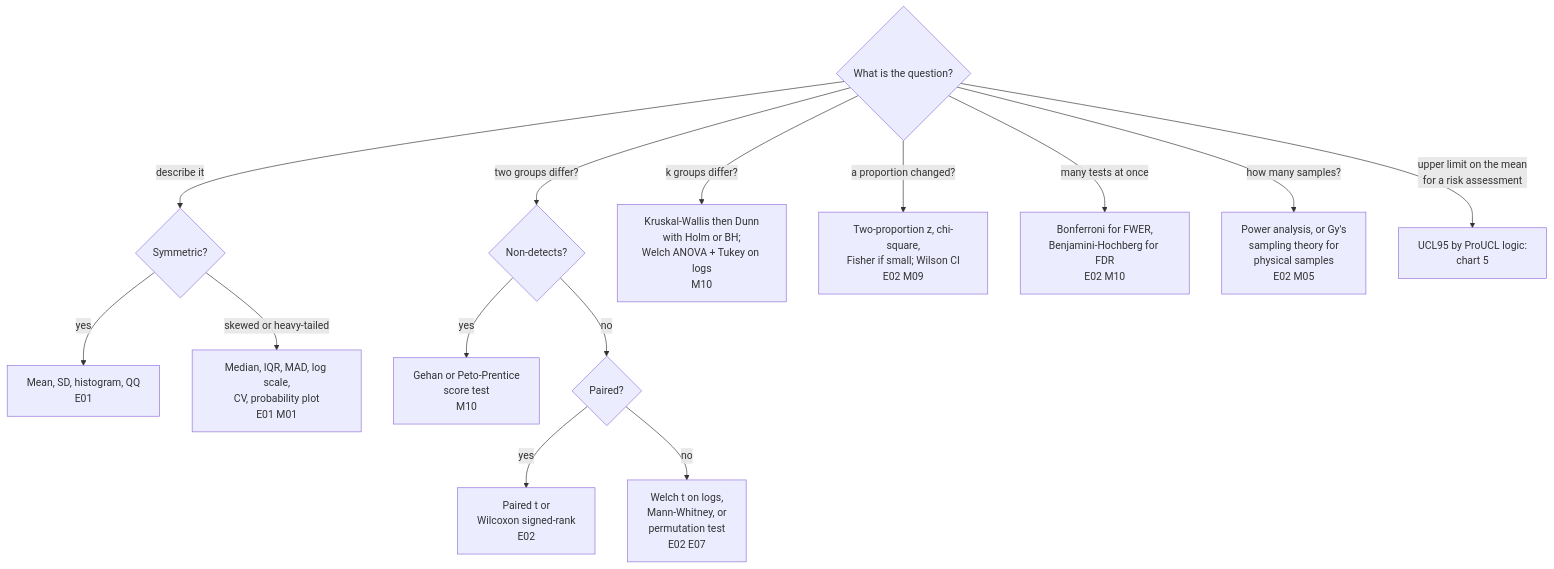
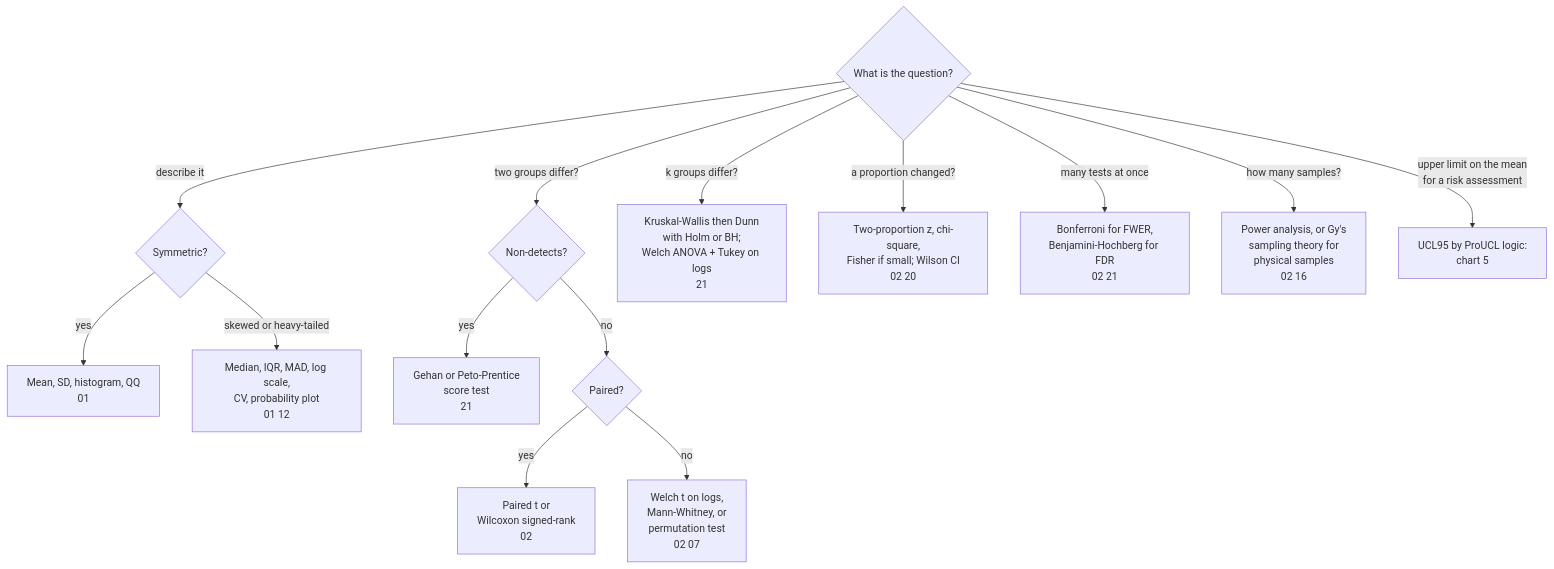
Before and after one commit to ethannol/stats-cheatsheet: the second of 7 diagrams in FLOWCHART.md, drawn with Mermaid. The commit also changed other lines of this file and 31 other files, not shown here.

````diff
--- a/FLOWCHART.md
+++ b/FLOWCHART.md
@@ -47,16 +47,16 @@
 ```mermaid
 flowchart TD
     A{What is the question?} -- "describe it" --> B{Symmetric?}
-    B -- yes --> B1[Mean, SD, histogram, QQ<br>E01]
-    B -- "skewed or heavy-tailed" --> B2[Median, IQR, MAD, log scale,<br>CV, probability plot<br>E01 M01]
+    B -- yes --> B1[Mean, SD, histogram, QQ<br>01]
+    B -- "skewed or heavy-tailed" --> B2[Median, IQR, MAD, log scale,<br>CV, probability plot<br>01 12]
     A -- "two groups differ?" --> C{Non-detects?}
-    C -- yes --> C1[Gehan or Peto-Prentice<br>score test<br>M10]
+    C -- yes --> C1[Gehan or Peto-Prentice<br>score test<br>21]
     C -- no --> C2{Paired?}
-    C2 -- yes --> C3[Paired t or<br>Wilcoxon signed-rank<br>E02]
-    C2 -- no --> C4[Welch t on logs,<br>Mann-Whitney, or<br>permutation test<br>E02 E07]
-    A -- "k groups differ?" --> D[Kruskal-Wallis then Dunn<br>with Holm or BH;<br>Welch ANOVA + Tukey on logs<br>M10]
-    A -- "a proportion changed?" --> E[Two-proportion z, chi-square,<br>Fisher if small; Wilson CI<br>E02 M09]
-    A -- "many tests at once" --> F[Bonferroni for FWER,<br>Benjamini-Hochberg for FDR<br>E02 M10]
-    A -- "how many samples?" --> G[Power analysis, or Gy's<br>sampling theory for<br>physical samples<br>E02 M05]
+    C2 -- yes --> C3[Paired t or<br>Wilcoxon signed-rank<br>02]
+    C2 -- no --> C4[Welch t on logs,<br>Mann-Whitney, or<br>permutation test<br>02 07]
+    A -- "k groups differ?" --> D[Kruskal-Wallis then Dunn<br>with Holm or BH;<br>Welch ANOVA + Tukey on logs<br>21]
+    A -- "a proportion changed?" --> E[Two-proportion z, chi-square,<br>Fisher if small; Wilson CI<br>02 20]
+    A -- "many tests at once" --> F[Bonferroni for FWER,<br>Benjamini-Hochberg for FDR<br>02 21]
+    A -- "how many samples?" --> G[Power analysis, or Gy's<br>sampling theory for<br>physical samples<br>02 16]
     A -- "upper limit on the mean<br>for a risk assessment" --> H[UCL95 by ProUCL logic:<br>chart 5]
 ```
````
